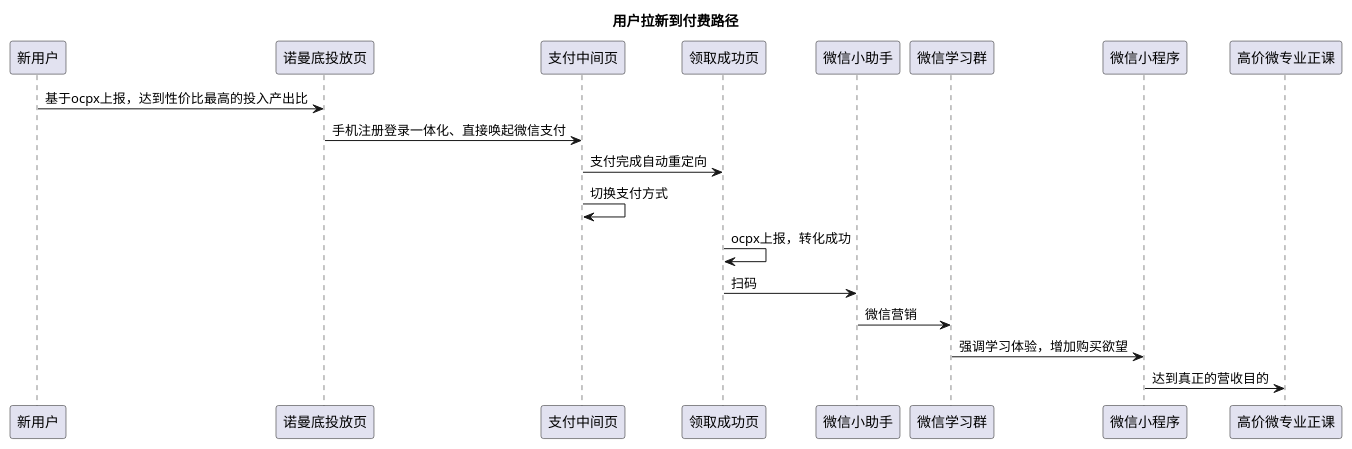
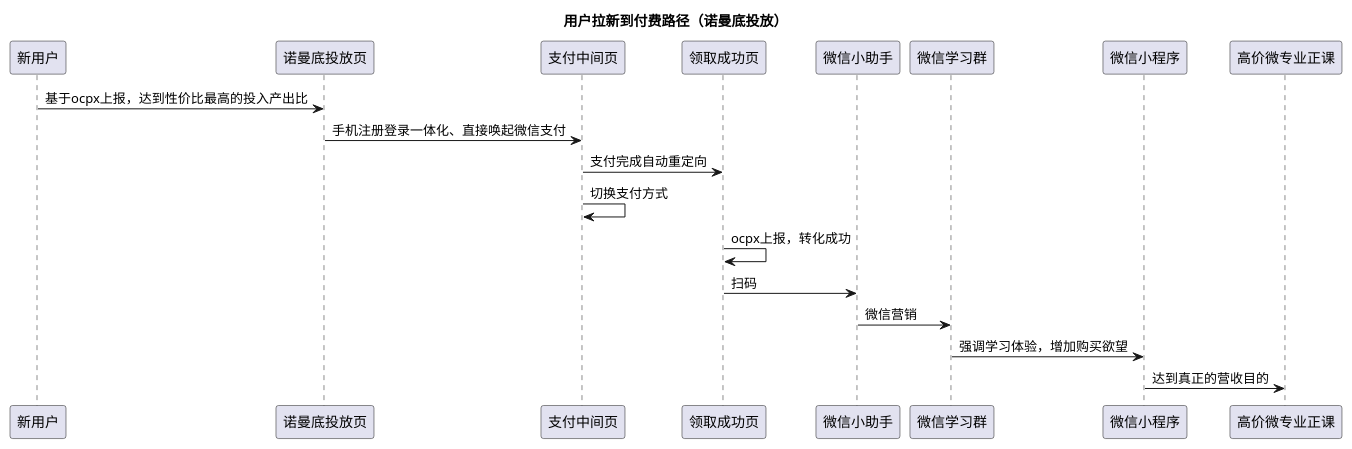
One commit to brizer/UML changed the diagram in flow/user.wsd. Above: the diagram before and after it, drawn with PlantUML. The commit also changed 3 other files, not shown here.

```diff
--- a/flow/user.wsd
+++ b/flow/user.wsd
@@ -1,12 +1,12 @@
 @startuml
-  title 用户拉新到付费路径
+  title 用户拉新到付费路径（诺曼底投放）
   新用户 -> 诺曼底投放页:基于ocpx上报，达到性价比最高的投入产出比
   诺曼底投放页 -> 支付中间页:手机注册登录一体化、直接唤起微信支付
   支付中间页 -> 领取成功页:支付完成自动重定向
   支付中间页 -> 支付中间页:切换支付方式
   领取成功页 -> 领取成功页:ocpx上报，转化成功
   领取成功页 -> 微信小助手:扫码
   微信小助手 -> 微信学习群:微信营销
   微信学习群 -> 微信小程序:强调学习体验，增加购买欲望
   微信小程序 -> 高价微专业正课:达到真正的营收目的
 @enduml
```
